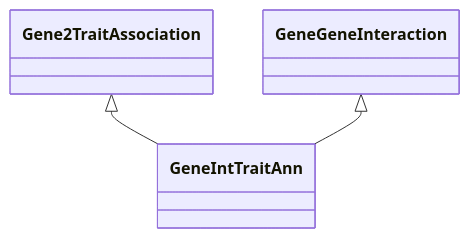
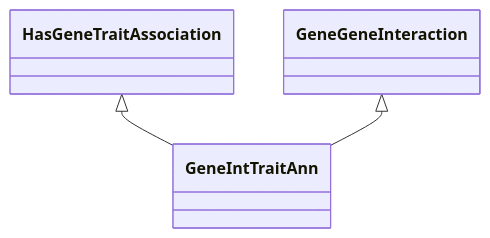
The diagram in semantic-motif-taxonomy/knet-motif-categories-doc/GeneIntTraitAnn.md (KnetMiner/knetminer-schemas), drawn with Mermaid before and after one commit. The commit also changed other lines of this file and 59 other files, not shown here.

````diff
--- a/semantic-motif-taxonomy/knet-motif-categories-doc/GeneIntTraitAnn.md
+++ b/semantic-motif-taxonomy/knet-motif-categories-doc/GeneIntTraitAnn.md
@@ -21,11 +21,11 @@
 ```mermaid
  classDiagram
     class GeneIntTraitAnn
     click GeneIntTraitAnn href "../GeneIntTraitAnn"
-      Gene2TraitAssociation <|-- GeneIntTraitAnn
-        click Gene2TraitAssociation href "../Gene2TraitAssociation"
+      HasGeneTraitAssociation <|-- GeneIntTraitAnn
+        click HasGeneTraitAssociation href "../HasGeneTraitAssociation"
       GeneGeneInteraction <|-- GeneIntTraitAnn
         click GeneGeneInteraction href "../GeneGeneInteraction"
       
       
 ```
````
